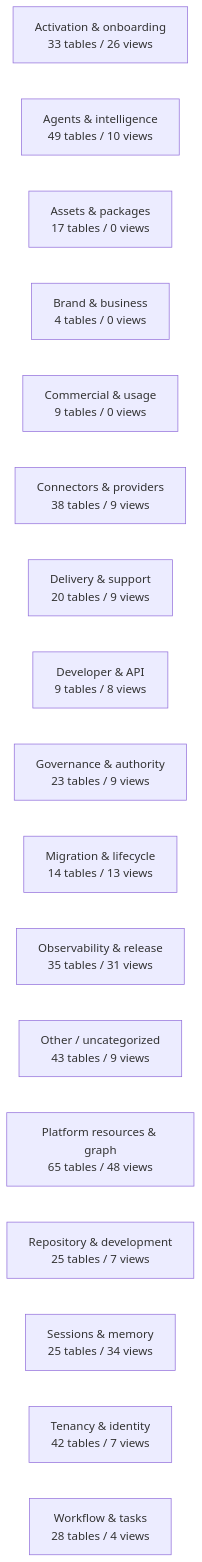
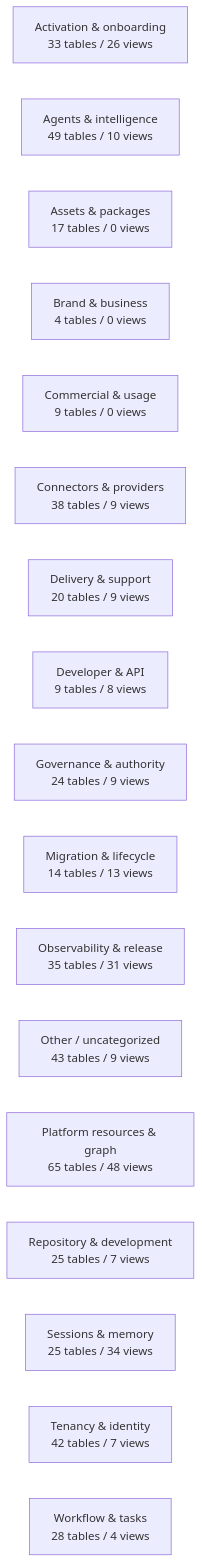
The diagram in docs/work-maps/data-model-domain-map.md (mad4bdigital-ai/multi-business-multi-role-growth-intelligence-os), drawn with Mermaid before and after one commit. The commit also changed other lines of this file and 4 other files, not shown here.

````diff
--- a/docs/work-maps/data-model-domain-map.md
+++ b/docs/work-maps/data-model-domain-map.md
@@ -9,20 +9,20 @@
 ```mermaid
 flowchart LR
   n_Activation___onboarding["Activation & onboarding<br/>33 tables / 26 views"]
   n_Agents___intelligence["Agents & intelligence<br/>49 tables / 10 views"]
   n_Assets___packages["Assets & packages<br/>17 tables / 0 views"]
   n_Brand___business["Brand & business<br/>4 tables / 0 views"]
   n_Commercial___usage["Commercial & usage<br/>9 tables / 0 views"]
   n_Connectors___providers["Connectors & providers<br/>38 tables / 9 views"]
   n_Delivery___support["Delivery & support<br/>20 tables / 9 views"]
   n_Developer___API["Developer & API<br/>9 tables / 8 views"]
-  n_Governance___authority["Governance & authority<br/>23 tables / 9 views"]
+  n_Governance___authority["Governance & authority<br/>24 tables / 9 views"]
   n_Migration___lifecycle["Migration & lifecycle<br/>14 tables / 13 views"]
   n_Observability___release["Observability & release<br/>35 tables / 31 views"]
   n_Other___uncategorized["Other / uncategorized<br/>43 tables / 9 views"]
   n_Platform_resources___graph["Platform resources & graph<br/>65 tables / 48 views"]
   n_Repository___development["Repository & development<br/>25 tables / 7 views"]
   n_Sessions___memory["Sessions & memory<br/>25 tables / 34 views"]
   n_Tenancy___identity["Tenancy & identity<br/>42 tables / 7 views"]
   n_Workflow___tasks["Workflow & tasks<br/>28 tables / 4 views"]
 ```
````
